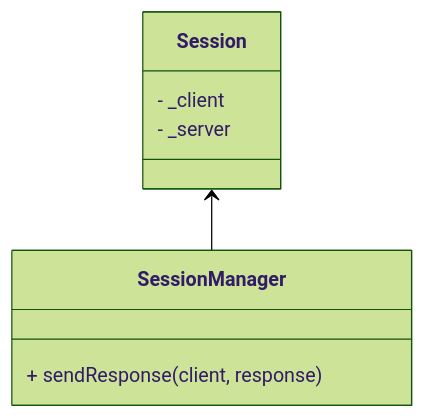
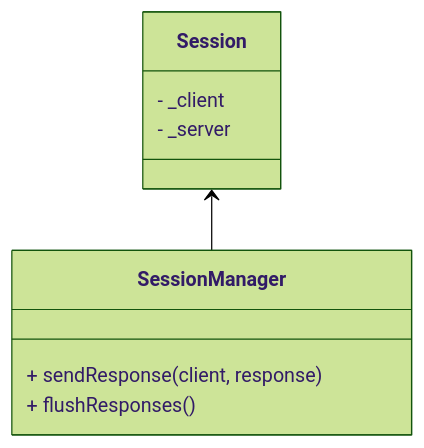
Before and after one commit to mfukui1218/irc: the sixth of 13 diagrams in docs/class_design.md, drawn with Mermaid (forest theme). The commit also changed other lines of this file, not shown here.

````diff
--- a/docs/class_design.md
+++ b/docs/class_design.md
@@ -118,12 +121,13 @@
 ```mermaid
 classDiagram
 	class Session {
 		- _client
 		- _server
 	}
 
 	Session <-- SessionManager
 	class SessionManager {
 		+ sendResponse(client, response)
+		+ flushResponses()
 	}
 ```
````
